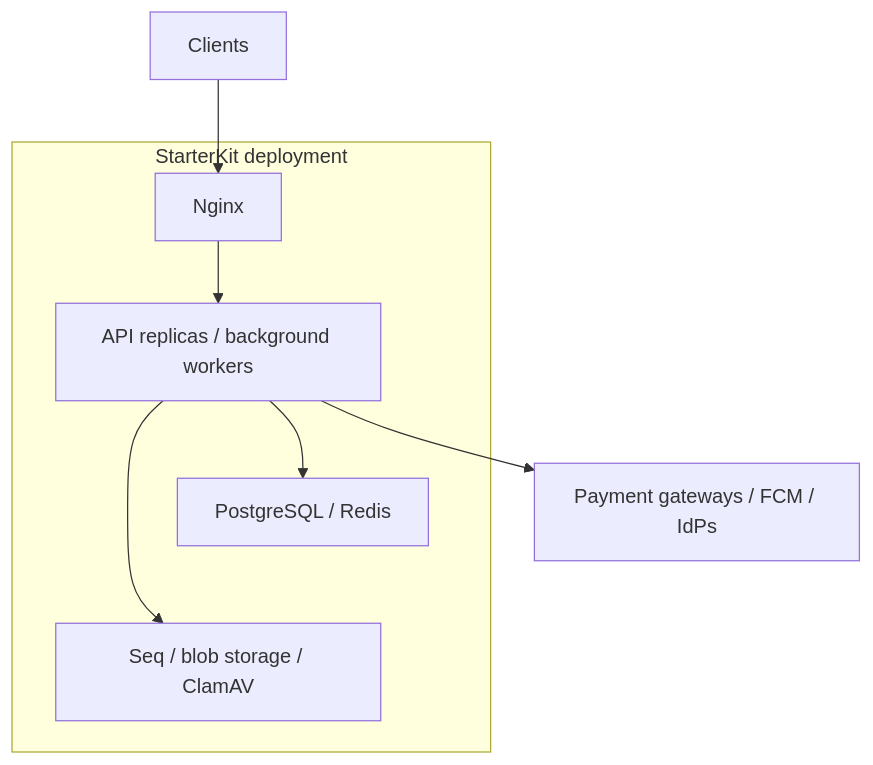
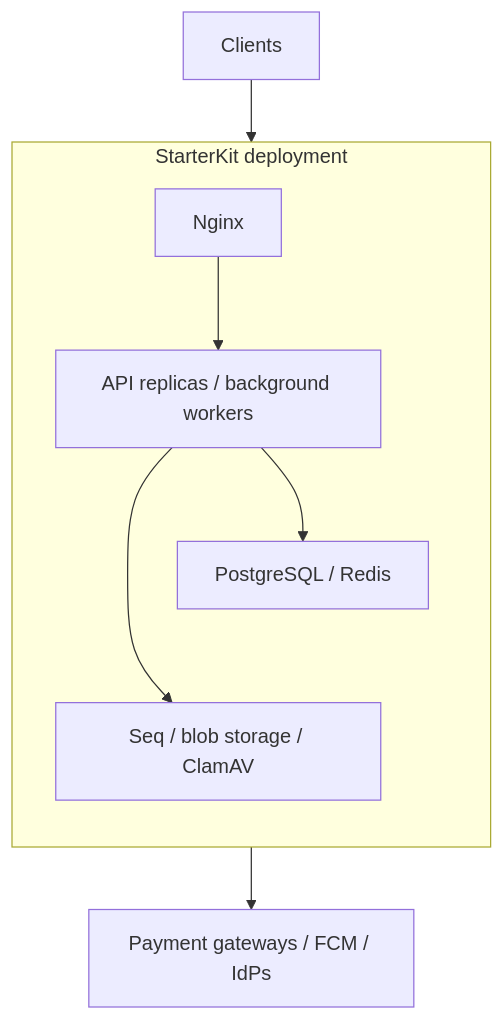
One commit to mhasabalah/StarterKit changed the second of 5 diagrams in wiki/Architecture/Overview.md. Above: the diagram before and after it, drawn with Mermaid. The commit also changed other lines of this file and 152 other files, not shown here.

Commit message:
feat(docs): add Fumadocs V2 and standardize diagrams

````diff
--- a/wiki/Architecture/Overview.md
+++ b/wiki/Architecture/Overview.md
@@ -126,11 +138,18 @@
 ```mermaid
 flowchart TB
+  accTitle: System context
+  accDescr: API and worker roles share infrastructure and call configured providers.
   C[Clients] --> N[Nginx]
   subgraph Deployment[StarterKit deployment]
+    direction TB
     N --> A[API replicas / background workers]
     A --> D[PostgreSQL / Redis]
     A --> S[Seq / blob storage / ClamAV]
     D ~~~ S
   end
   A --> P[Payment gateways / FCM / IdPs]
+  class C,P external
+  class N,S infrastructure
+  class A api
+  class D data
 ```
````
